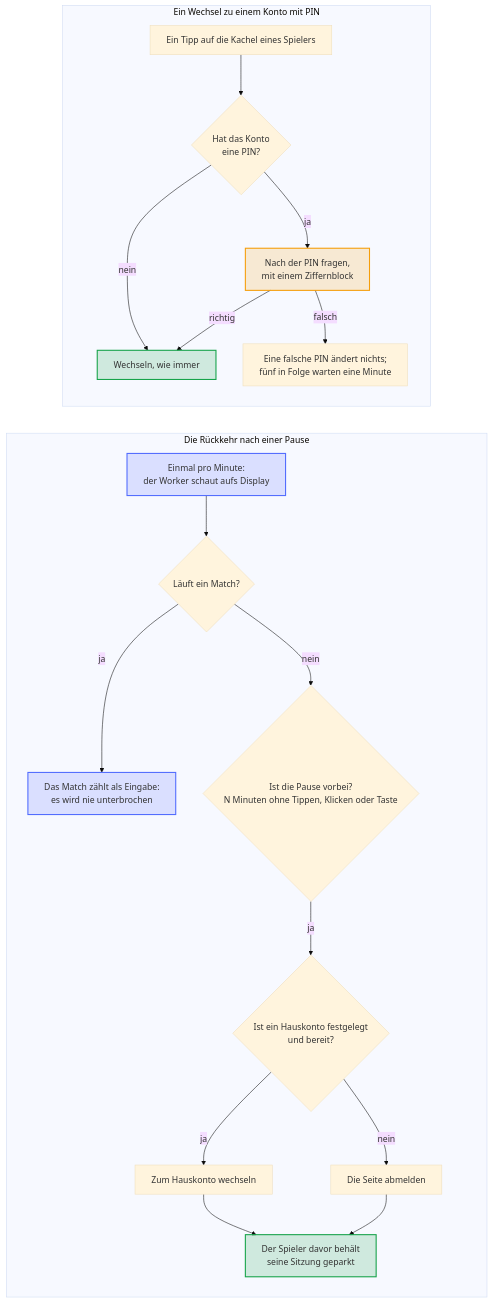
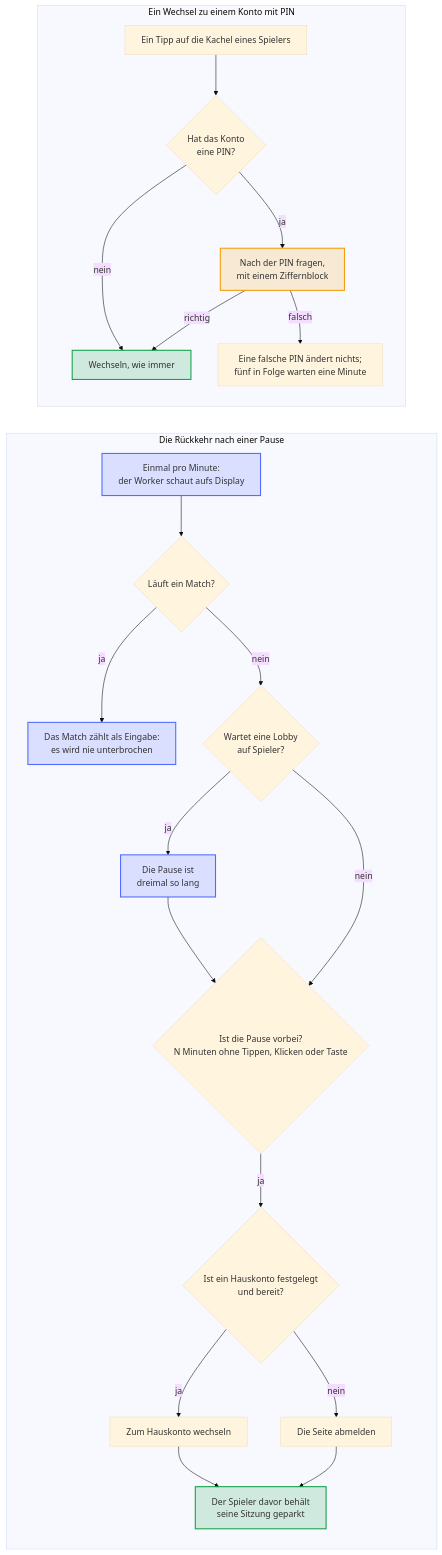
Before and after one commit to Dennis-Otto/player-switch-for-autodarts: the diagram in docs/diagrams/venue-mode.de.mmd, drawn with Mermaid (base theme). The commit also changed 21 other files, not shown here.

First line of the commit message:
fix(venue): a lobby that waits for players holds the display past the break (#249)

```diff
--- a/docs/diagrams/venue-mode.de.mmd
+++ b/docs/diagrams/venue-mode.de.mmd
@@ -1,51 +1,55 @@
 ---
 config:
   flowchart:
     wrappingWidth: 400
 ---
 flowchart TB
     accTitle: Der Modus für Verein und Kneipe an einem Display
-    accDescr: Ein Tipp auf die Kachel eines Kontos mit PIN fragt nach dieser PIN, bevor sich etwas ändert; eine falsche ändert nichts, und fünf in Folge sperren jede PIN für eine Minute. Einmal pro Minute schaut der Service Worker, ob die Pause vorbei ist. Ein laufendes Match zählt als Eingabe, so wird ein Match nie unterbrochen. Nach der Pause wechselt das Display zum Hauskonto, oder es meldet sich ab, wenn keins festgelegt ist oder es sich neu anmelden muss; so oder so behält der Spieler davor seine Sitzung geparkt.
+    accDescr: Ein Tipp auf die Kachel eines Kontos mit PIN fragt nach dieser PIN, bevor sich etwas ändert; eine falsche ändert nichts, und fünf in Folge sperren jede PIN für eine Minute. Einmal pro Minute schaut der Service Worker, ob die Pause vorbei ist. Ein laufendes Match zählt als Eingabe, so wird ein Match nie unterbrochen, und eine Lobby, die auf Spieler wartet, macht die Pause dreimal so lang. Nach der Pause wechselt das Display zum Hauskonto, oder es meldet sich ab, wenn keins festgelegt ist oder es sich neu anmelden muss; so oder so behält der Spieler davor seine Sitzung geparkt.
 
     subgraph pins["Ein Wechsel zu einem Konto mit PIN"]
         direction TB
         tap["Ein Tipp auf die Kachel eines Spielers"]
         haspin{"Hat das Konto<br>eine PIN?"}
         pin["Nach der PIN fragen,<br>mit einem Ziffernblock"]
         wrong["Eine falsche PIN ändert nichts;<br>fünf in Folge warten eine Minute"]
         switch["Wechseln, wie immer"]
 
         tap --> haspin
         haspin -- "nein" --> switch
         haspin -- "ja" --> pin
         pin -- "richtig" --> switch
         pin -- "falsch" --> wrong
     end
 
     subgraph pause["Die Rückkehr nach einer Pause"]
         direction TB
         look["Einmal pro Minute:<br>der Worker schaut aufs Display"]
         match{"Läuft ein Match?"}
         counts["Das Match zählt als Eingabe:<br>es wird nie unterbrochen"]
+        lobby{"Wartet eine Lobby<br>auf Spieler?"}
+        longer["Die Pause ist<br>dreimal so lang"]
         over{"Ist die Pause vorbei?<br>N Minuten ohne Tippen, Klicken oder Taste"}
         house{"Ist ein Hauskonto festgelegt<br>und bereit?"}
         back["Zum Hauskonto wechseln"]
         out["Die Seite abmelden"]
         parked["Der Spieler davor behält<br>seine Sitzung geparkt"]
 
         look --> match
         match -- "ja" --> counts
-        match -- "nein" --> over
+        match -- "nein" --> lobby
+        lobby -- "ja" --> longer --> over
+        lobby -- "nein" --> over
         over -- "ja" --> house
         house -- "ja" --> back --> parked
         house -- "nein" --> out --> parked
     end
 
     pins ~~~ pause
 
     classDef bot fill:#526cfe2e,stroke:#526cfe,stroke-width:2px
     classDef person fill:#f59e0b2e,stroke:#f59e0b,stroke-width:2px
     classDef done fill:#16a34a2e,stroke:#16a34a,stroke-width:2px
-    class look,counts bot
+    class look,counts,longer bot
     class pin person
     class switch,parked done
```
